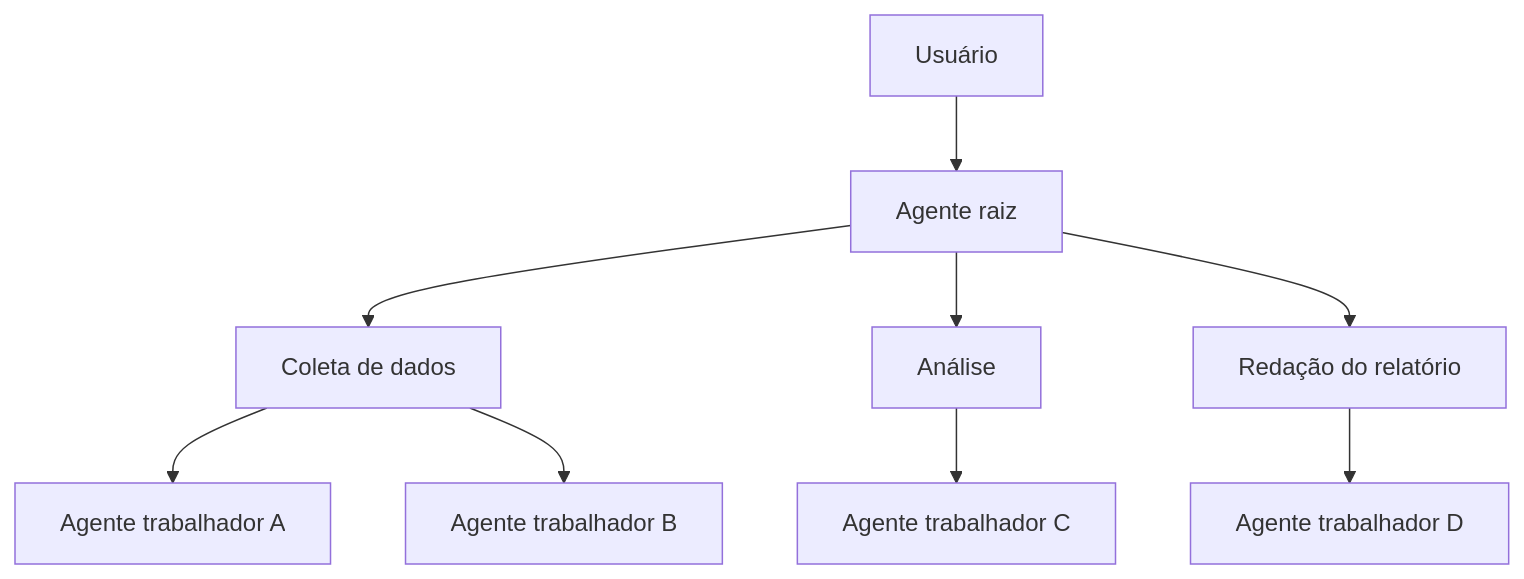
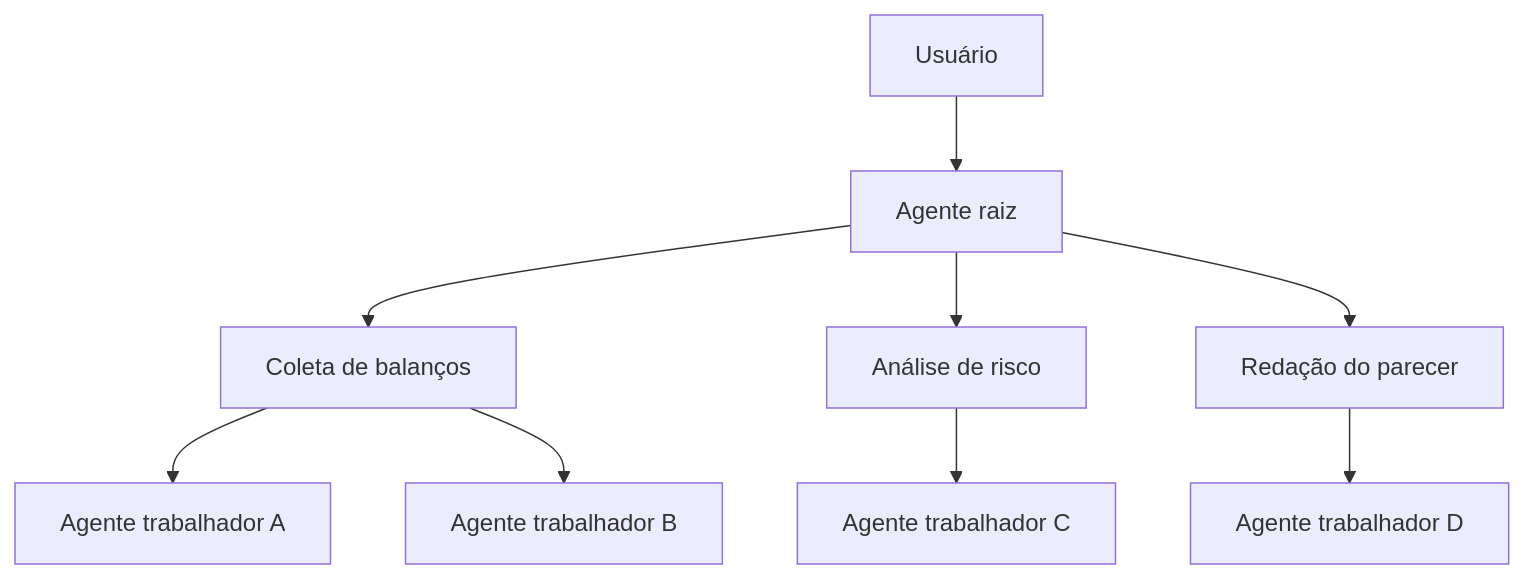
One commit to alancesar/design-patterns changed the diagram in docs/ai/agent-patterns/dynamic-orchestration/multi-agent-hierarchical-task-decomposition.md. Above: the diagram before and after it, drawn with Mermaid. The commit also changed other lines of this file and 13 other files, not shown here.

Commit message:
Switch agent-patterns concrete diagrams to fintech scenarios

````diff
--- a/docs/ai/agent-patterns/dynamic-orchestration/multi-agent-hierarchical-task-decomposition.md
+++ b/docs/ai/agent-patterns/dynamic-orchestration/multi-agent-hierarchical-task-decomposition.md
@@ -54,11 +54,11 @@
 ```mermaid
 flowchart TD
     U["Usuário"] --> R["Agente raiz"]
-    R --> S1["Coleta de dados"]
-    R --> S2["Análise"]
-    R --> S3["Redação do relatório"]
+    R --> S1["Coleta de balanços"]
+    R --> S2["Análise de risco"]
+    R --> S3["Redação do parecer"]
     S1 --> W1["Agente trabalhador A"]
     S1 --> W2["Agente trabalhador B"]
     S2 --> W3["Agente trabalhador C"]
     S3 --> W4["Agente trabalhador D"]
 ```
````
